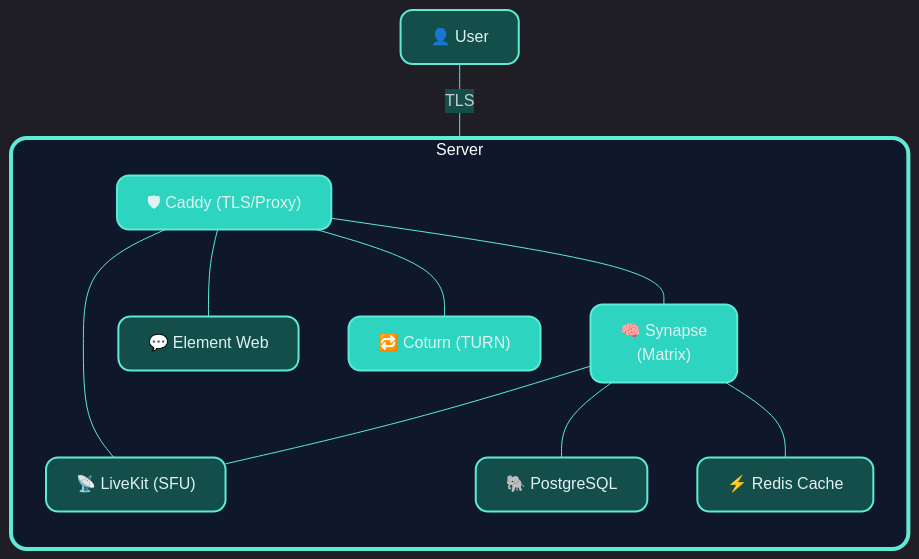
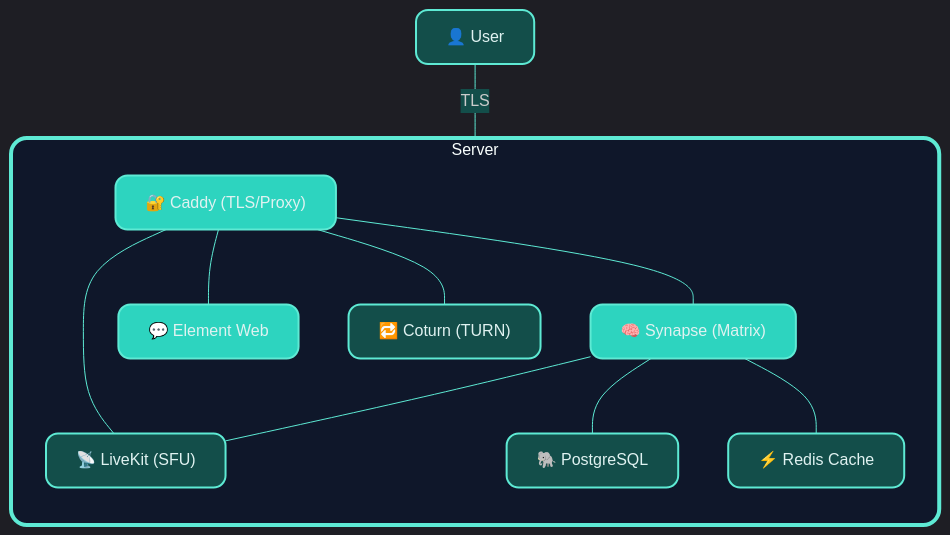
Before and after one commit to nordwestt/matrix-easy-deploy-kit: the diagram in README.md, drawn with Mermaid. The commit also changed other lines of this file, not shown here.

````diff
--- a/README.md
+++ b/README.md
@@ -17,31 +19,31 @@
 ```mermaid
 %%{init: {'theme': 'dark', 'themeVariables': { 'primaryColor': '#2dd4bf', 'edgeLabelBackground':'#134e4a', 'nodeTextColor':'#e0f2f1', 'fontFamily':'Inter', 'nodeBorderRadius':'12px', 'clusterBorderRadius':'16px', 'secondaryColor':'#5eead4', 'tertiaryColor':'#99f6e4', 'lineColor':'#5eead4'}}}%%
 flowchart TD
     subgraph Server["Server"]
         direction TB
-        Caddy["🛡 Caddy (TLS/Proxy)"]
+        Caddy["🔐 Caddy (TLS/Proxy)"]
         Element["💬 Element Web"]
-        Synapse["🧠 Synapse\n(Matrix)"]
+        Synapse["🧠 Synapse (Matrix)"]
         PostgreSQL["🐘 PostgreSQL"]
         Redis["⚡ Redis Cache"]
         Coturn["🔁 Coturn (TURN)"]
         LiveKit["📡 LiveKit (SFU)"]
     end
     User["👤 User"]
     User ---|TLS| Caddy
     Caddy --- Synapse
     Caddy --- Element
     Caddy --- LiveKit
     Caddy --- Coturn
     Synapse --- PostgreSQL
     Synapse --- Redis
     Synapse --- LiveKit
     classDef teal fill:#2dd4bf,stroke:#5eead4,stroke-width:2px,color:#e0f2f1,rx:12px;
     classDef mint fill:#134e4a,stroke:#5eead4,stroke-width:2px,color:#e0f2f1,rx:12px;
-    class Caddy,Synapse,Coturn teal;
-    class Element,PostgreSQL,Redis,LiveKit mint;
+    class Caddy,Synapse,Element teal;
+    class PostgreSQL,Redis,LiveKit,Coturn mint;
     class User mint;
     style Server stroke:#5eead4,stroke-width:4px,rx:16px,fill:#0f172a;
     style User stroke:#5eead4,stroke-width:2px,rx:12px;
 
 ```
````
